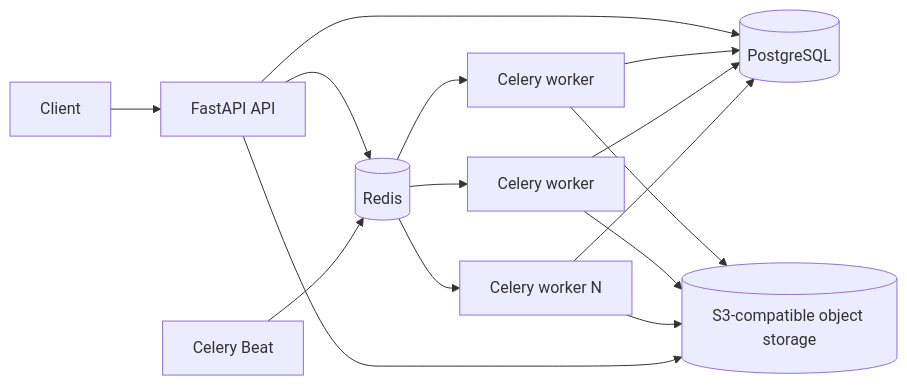
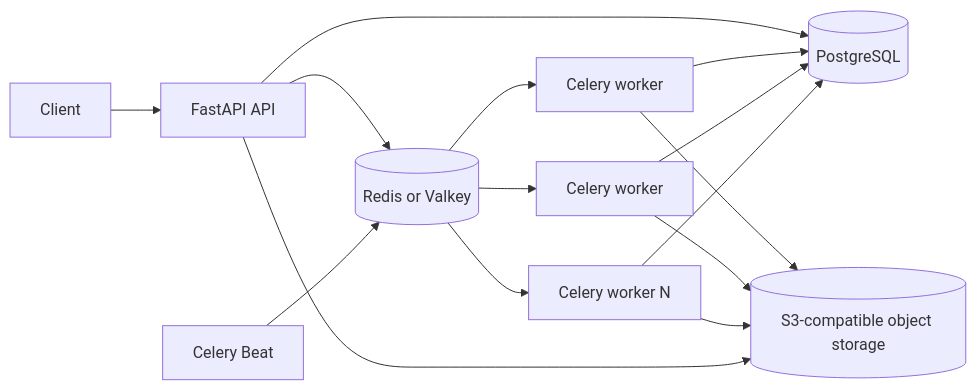
One commit to shrikrushna007/bulk-certificate-generator-api changed the diagram in README.md. Above: the diagram before and after it, drawn with Mermaid. The commit also changed other lines of this file and 15 other files, not shown here.

````diff
--- a/README.md
+++ b/README.md
@@ -42,17 +42,17 @@
 ```mermaid
 flowchart LR
     Client --> API[FastAPI API]
     API --> DB[(PostgreSQL)]
-    API --> Broker[(Redis)]
+    API --> Broker[(Redis or Valkey)]
     Broker --> W1[Celery worker]
     Broker --> W2[Celery worker]
     Broker --> WN[Celery worker N]
     W1 --> DB
     W2 --> DB
     WN --> DB
     W1 --> Store[(S3-compatible object storage)]
     W2 --> Store
     WN --> Store
     Beat[Celery Beat] --> Broker
     API --> Store
 ```
````
